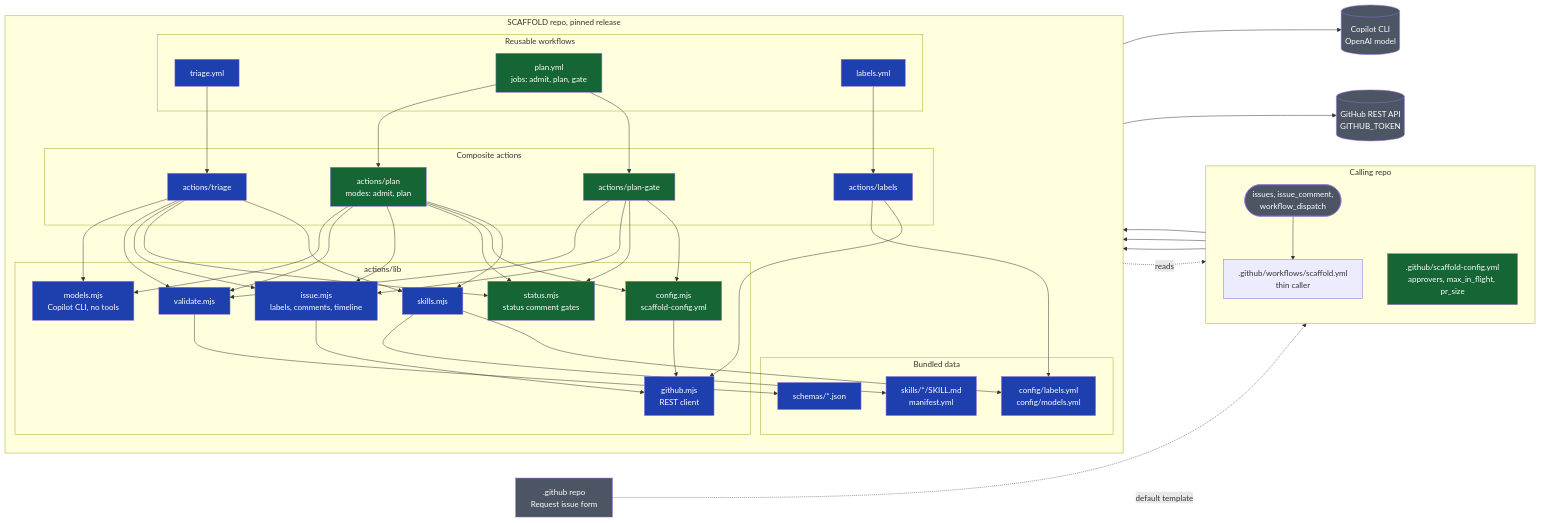
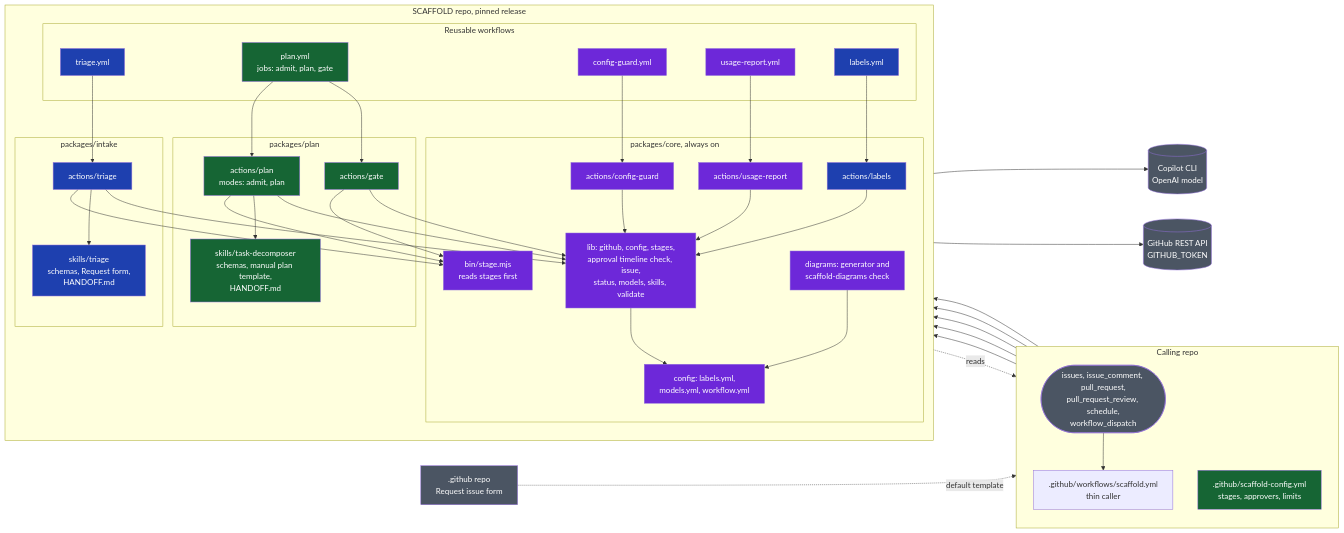
One commit to JackWP1/scaffold changed the first of 2 diagrams in docs/diagrams/architecture.md. Above: the diagram before and after it, drawn with Mermaid. The commit also changed other lines of this file and 112 other files, not shown here.

````diff
--- a/docs/diagrams/architecture.md
+++ b/docs/diagrams/architecture.md
@@ -11,75 +12,68 @@
 ```mermaid
 flowchart LR
   subgraph caller[Calling repo]
     direction TB
-    events([issues, issue_comment,<br/>workflow_dispatch])
+    events([issues, issue_comment, pull_request,<br/>pull_request_review, schedule,<br/>workflow_dispatch])
     callerwf[".github/workflows/scaffold.yml<br/>thin caller"]
-    cfg[".github/scaffold-config.yml<br/>approvers, max_in_flight, pr_size"]
+    cfg[".github/scaffold-config.yml<br/>stages, approvers, limits"]
     events --> callerwf
   end
 
   form[".github repo<br/>Request issue form"] -. default template .-> events
 
   subgraph scaffold[SCAFFOLD repo, pinned release]
     direction TB
     subgraph wf[Reusable workflows]
       triagewf[triage.yml]
       planwf[plan.yml<br/>jobs: admit, plan, gate]
+      guardwf[config-guard.yml]
+      reportwf[usage-report.yml]
       labelswf[labels.yml]
     end
-    subgraph actions[Composite actions]
+    subgraph intake[packages/intake]
       triage[actions/triage]
-      plan[actions/plan<br/>modes: admit, plan]
-      gate[actions/plan-gate]
+      triageskill[skills/triage<br/>schemas, Request form,<br/>HANDOFF.md]
+    end
+    subgraph plan[packages/plan]
+      planact[actions/plan<br/>modes: admit, plan]
+      gate[actions/gate]
+      planskill[skills/task-decomposer<br/>schemas, manual plan template,<br/>HANDOFF.md]
+    end
+    subgraph core[packages/core, always on]
+      stage[bin/stage.mjs<br/>reads stages first]
+      guard[actions/config-guard]
+      report[actions/usage-report]
       labels[actions/labels]
-    end
-    subgraph lib[actions/lib]
-      gh[github.mjs<br/>REST client]
-      models[models.mjs<br/>Copilot CLI, no tools]
-      validate[validate.mjs]
-      issue[issue.mjs<br/>labels, comments, timeline]
-      status[status.mjs<br/>status comment gates]
-      config[config.mjs<br/>scaffold-config.yml]
-      skills[skills.mjs]
-    end
-    subgraph data[Bundled data]
-      skillmd[skills/*/SKILL.md<br/>manifest.yml]
-      schemas[schemas/*.json]
-      cfgfiles[config/labels.yml<br/>config/models.yml]
+      lib[lib: github, config, stages,<br/>approval timeline check, issue,<br/>status, models, skills, validate]
+      cfgfiles[config: labels.yml,<br/>models.yml, workflow.yml]
+      diagrams[diagrams: generator and<br/>scaffold-diagrams check]
     end
     triagewf --> triage
-    planwf --> plan
+    planwf --> planact
     planwf --> gate
+    guardwf --> guard
+    reportwf --> report
     labelswf --> labels
+    triage & planact & gate --> stage
+    triage --> triageskill
+    planact --> planskill
+    triage & planact & gate & guard & report & labels --> lib
+    lib --> cfgfiles
+    diagrams --> cfgfiles
   end
 
-  callerwf --> triagewf
-  callerwf --> planwf
-  callerwf --> labelswf
+  callerwf --> triagewf & planwf & guardwf & reportwf & labelswf
 
-  triage --> models
-  plan --> models
-  triage & plan & gate --> validate
-  triage & plan & gate --> issue
-  triage & plan & gate --> status
-  plan & gate --> config
-  triage & plan --> skills
-  skills --> skillmd
-  skills --> cfgfiles
-  validate --> schemas
-  labels --> cfgfiles
-  issue --> gh
-  config --> gh
-  labels --> gh
-
-  config -. reads .-> cfg
-  models --> copilot[(Copilot CLI<br/>OpenAI model)]
-  gh --> api[(GitHub REST API<br/>GITHUB_TOKEN)]
+  lib -. reads .-> cfg
+  lib --> copilot[(Copilot CLI<br/>OpenAI model)]
+  lib --> api[(GitHub REST API<br/>GITHUB_TOKEN)]
 
   classDef ext fill:#4b5563,color:#fff
   classDef s1 fill:#1e40af,color:#fff
   classDef s2 fill:#166534,color:#fff
+  classDef p1b fill:#6d28d9,color:#fff
   class copilot,api,form,events ext
-  class triagewf,triage,labelswf,labels,models,validate,issue,skills,skillmd,schemas,cfgfiles,gh s1
-  class planwf,plan,gate,status,config,cfg s2
+  class triagewf,triage,triageskill,labelswf,labels s1
+  class planwf,planact,gate,planskill,cfg s2
+  class guardwf,guard,reportwf,report,stage,lib,cfgfiles,diagrams p1b
 ```
````
